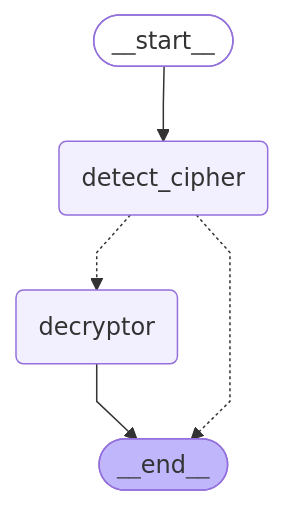
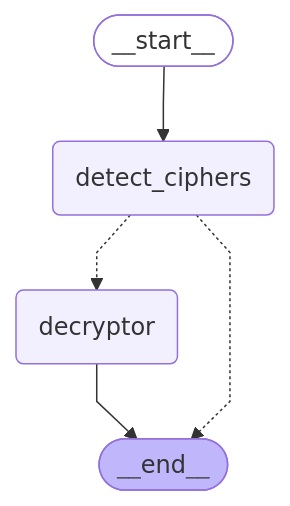
One commit to Edolor/cipherwhisperer changed the diagram in graph.mmd. Above: the diagram before and after it, drawn with Mermaid. The commit also changed 8 other files, not shown here.

```diff
--- a/graph.mmd
+++ b/graph.mmd
@@ -1,13 +1,13 @@
 %%{init: {'flowchart': {'curve': 'linear'}}}%%
 graph TD;
 	__start__([<p>__start__</p>]):::first
-	detect_cipher(detect_cipher)
+	detect_ciphers(detect_ciphers)
 	decryptor(decryptor)
 	__end__([<p>__end__</p>]):::last
-	__start__ --> detect_cipher;
+	__start__ --> detect_ciphers;
 	decryptor --> __end__;
-	detect_cipher -.-> __end__;
-	detect_cipher -.-> decryptor;
+	detect_ciphers -.-> __end__;
+	detect_ciphers -.-> decryptor;
 	classDef default fill:#f2f0ff,line-height:1.2
 	classDef first fill-opacity:0
 	classDef last fill:#bfb6fc
```
